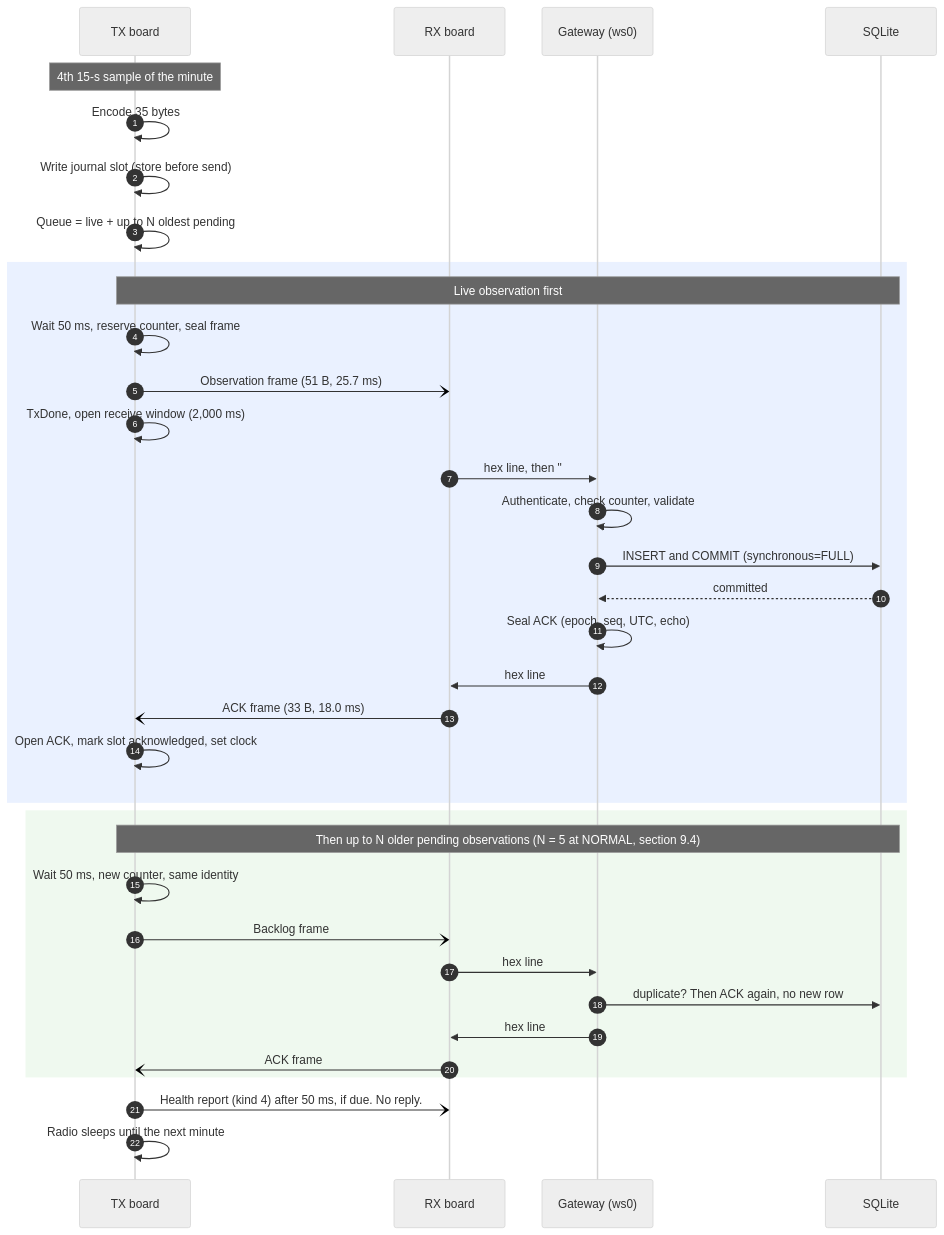
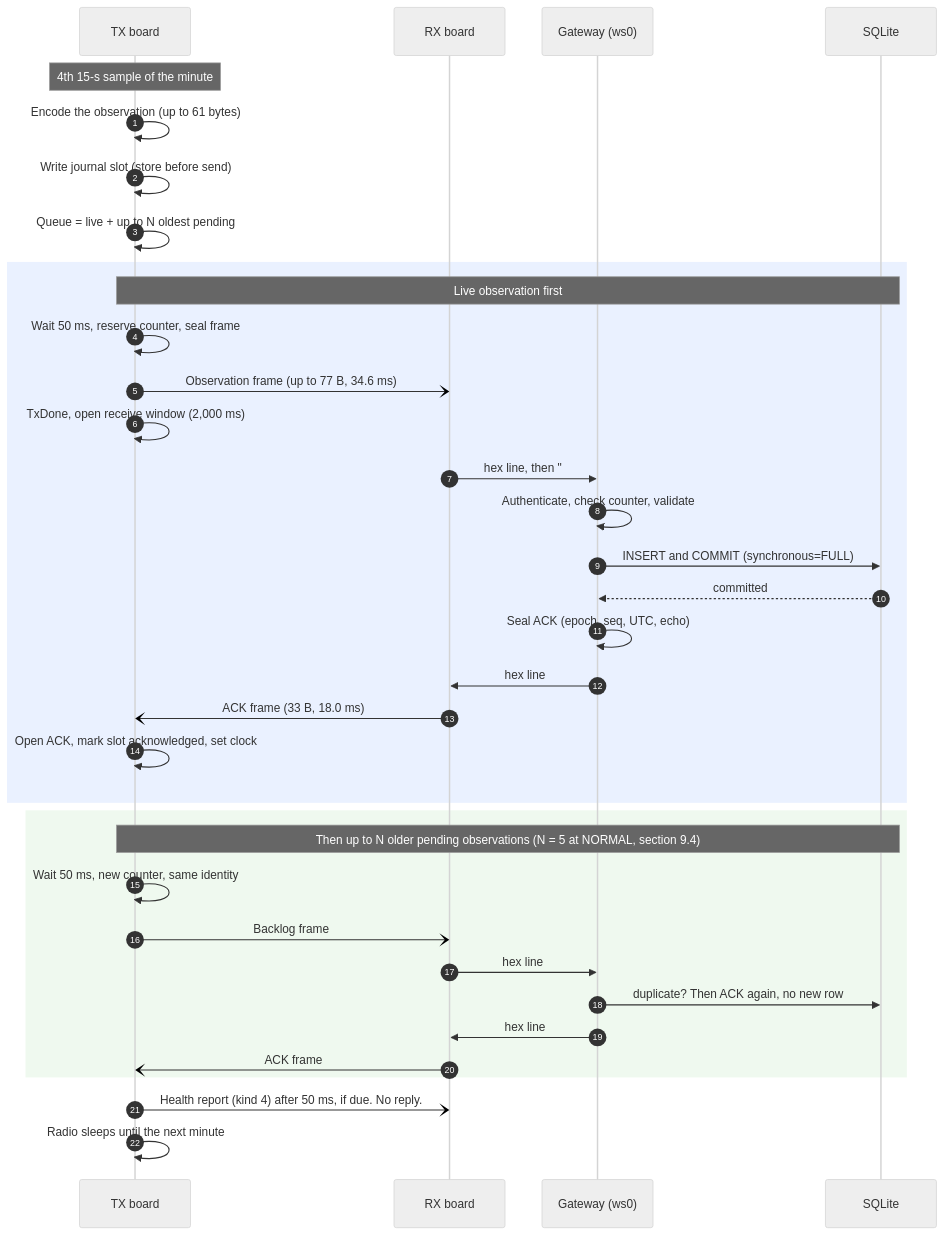
Diagram 12 of 22 in docs/protocol-stack.md (clintecker/weather-station-2026), drawn with Mermaid (neutral theme) before and after one commit. The commit also changed other lines of this file and 42 other files, not shown here.

````diff
--- a/docs/protocol-stack.md
+++ b/docs/protocol-stack.md
@@ -569,37 +569,37 @@
 ```mermaid
 sequenceDiagram
   autonumber
   participant TX as TX board
   participant RX as RX board
   participant GW as Gateway (ws0)
   participant DB as SQLite
   Note over TX: 4th 15-s sample of the minute
-  TX->>TX: Encode 35 bytes
+  TX->>TX: Encode the observation (up to 61 bytes)
   TX->>TX: Write journal slot (store before send)
   TX->>TX: Queue = live + up to N oldest pending
   rect rgba(80,140,255,0.12)
   Note over TX,DB: Live observation first
   TX->>TX: Wait 50 ms, reserve counter, seal frame
-  TX-)RX: Observation frame (51 B, 25.7 ms)
+  TX-)RX: Observation frame (up to 77 B, 34.6 ms)
   TX->>TX: TxDone, open receive window (2,000 ms)
   RX->>GW: hex line, then "#rx obs rssi snr"
   GW->>GW: Authenticate, check counter, validate
   GW->>DB: INSERT and COMMIT (synchronous=FULL)
   DB-->>GW: committed
   GW->>GW: Seal ACK (epoch, seq, UTC, echo)
   GW->>RX: hex line
   RX-)TX: ACK frame (33 B, 18.0 ms)
   TX->>TX: Open ACK, mark slot acknowledged, set clock
   end
   rect rgba(120,200,120,0.12)
   Note over TX,DB: Then up to N older pending observations (N = 5 at NORMAL, section 9.4)
   TX->>TX: Wait 50 ms, new counter, same identity
   TX-)RX: Backlog frame
   RX->>GW: hex line
   GW->>DB: duplicate? Then ACK again, no new row
   GW->>RX: hex line
   RX-)TX: ACK frame
   end
   TX-)RX: Health report (kind 4) after 50 ms, if due. No reply.
   TX->>TX: Radio sleeps until the next minute
 ```
````
